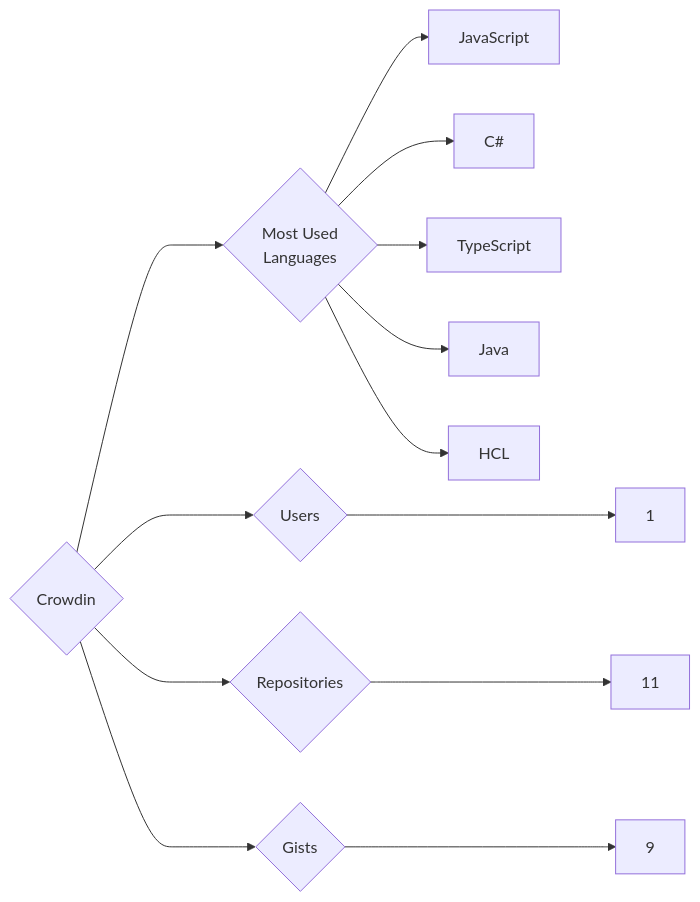
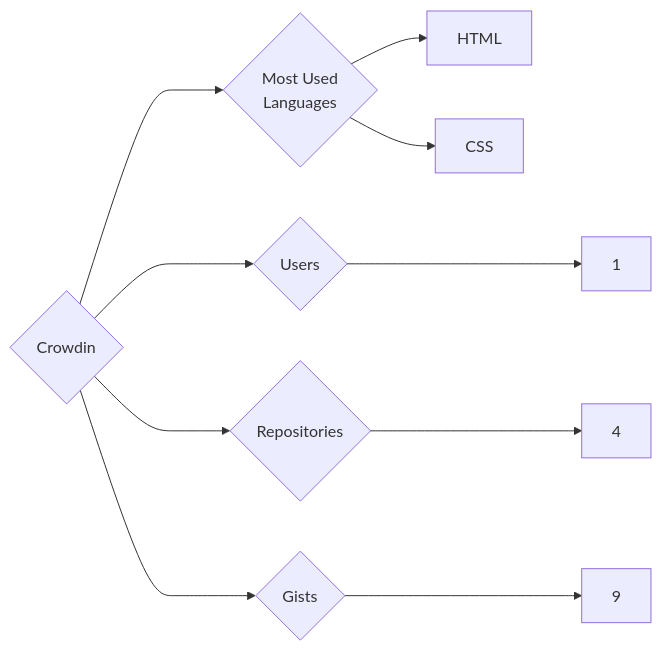
The diagram in targets/Crowdin/README.md (trickest/insiders), drawn with Mermaid before and after one commit. The commit also changed 723 other files, not shown here.

````diff
--- a/targets/Crowdin/README.md
+++ b/targets/Crowdin/README.md
@@ -3,13 +3,10 @@
 ```mermaid
 graph LR
 COMPANY_NAME{Crowdin}
 COMPANY_NAME ---> U{Users} ---> UN[1]
-COMPANY_NAME ---> R{Repositories} ---> RN[11]
+COMPANY_NAME ---> R{Repositories} ---> RN[4]
 COMPANY_NAME ---> G{Gists} ---> GN[9]
 COMPANY_NAME ---> ML{Most Used<br>Languages}
-ML --> JavaScript[JavaScript]
-ML --> C#[C#]
-ML --> TypeScript[TypeScript]
-ML --> Java[Java]
-ML --> HCL[HCL]
+ML --> HTML[HTML]
+ML --> CSS[CSS]
 ```
````
